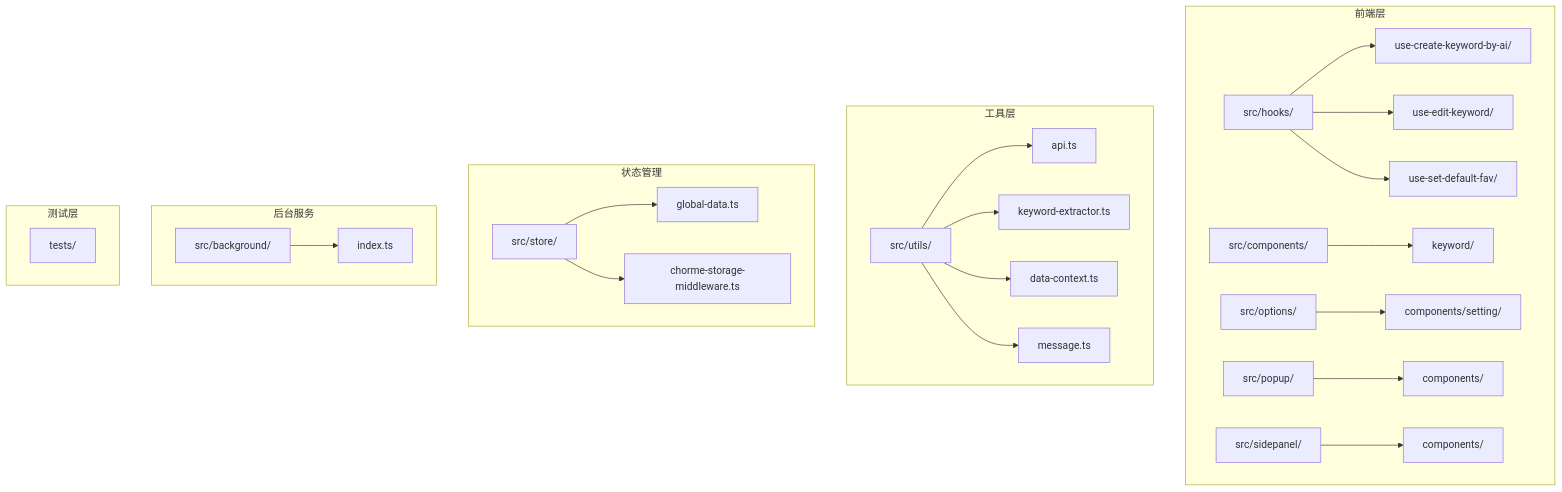
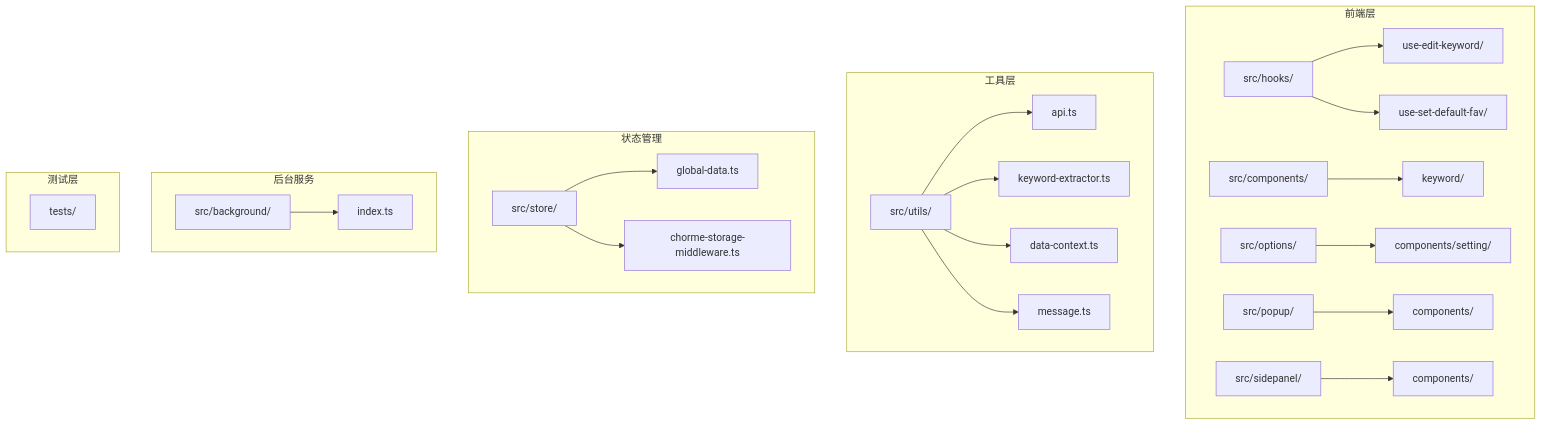
Before and after one commit to RadiumAg/bilibili-favorites: the first of 7 diagrams in .qoder/repowiki/zh/content/核心功能模块/AI关键词提取系统.md, drawn with Mermaid. The commit also changed other lines of this file and 4 other files, not shown here.

````diff
--- a/.qoder/repowiki/zh/content/核心功能模块/AI关键词提取系统.md
+++ b/.qoder/repowiki/zh/content/核心功能模块/AI关键词提取系统.md
@@ -64,28 +64,27 @@
 ```mermaid
 graph TB
 subgraph "前端层"
-A[src/hooks/] --> A1[use-create-keyword-by-ai/]
-A --> A2[use-edit-keyword/]
+A[src/hooks/] --> A2[use-edit-keyword/]
 A --> A3[use-set-default-fav/]
 B[src/components/] --> B1[keyword/]
 C[src/options/] --> C1[components/setting/]
 D[src/popup/] --> D1[components/]
 E[src/sidepanel/] --> E1[components/]
 end
 subgraph "工具层"
 F[src/utils/] --> F1[api.ts]
 F --> F2[keyword-extractor.ts]
 F --> F3[data-context.ts]
 F --> F4[message.ts]
 end
 subgraph "状态管理"
 G[src/store/] --> G1[global-data.ts]
 G --> G2[chorme-storage-middleware.ts]
 end
 subgraph "后台服务"
 H[src/background/] --> H1[index.ts]
 end
 subgraph "测试层"
 I[tests/]
 end
 ```
````
